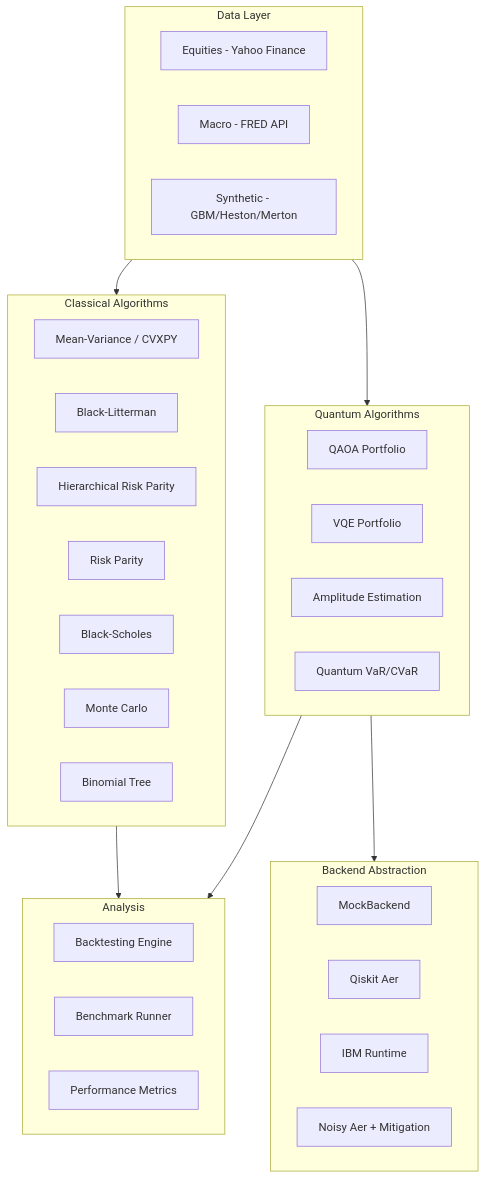
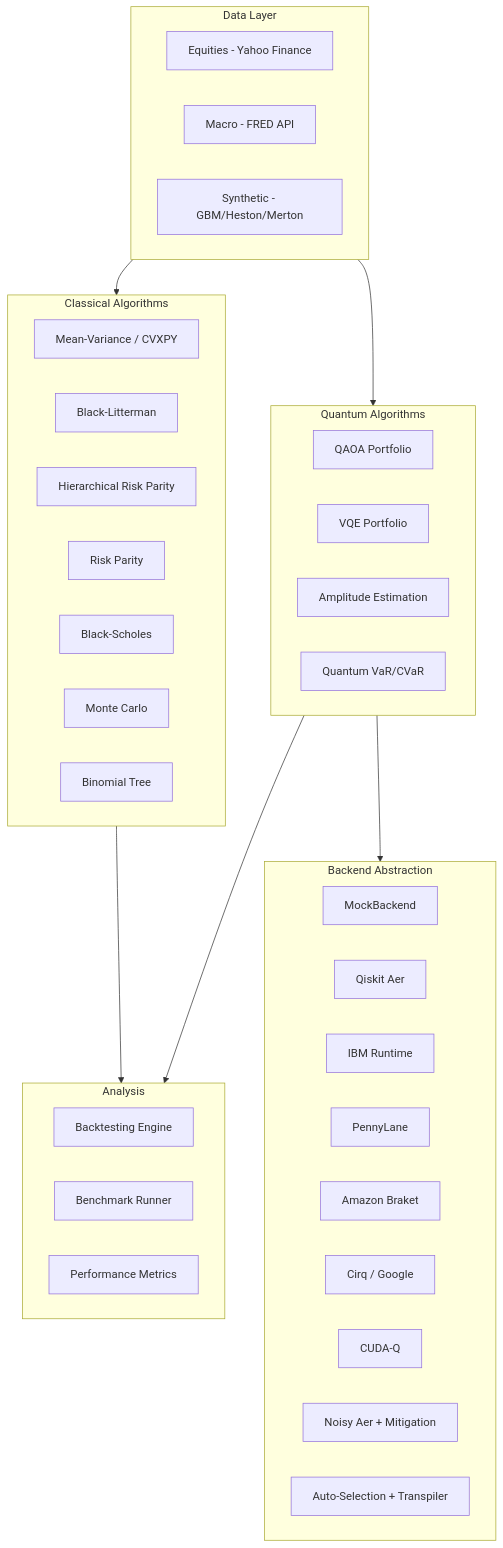
Before and after one commit to anonymousAAK/qufin: the diagram in docs/index.md, drawn with Mermaid. The commit also changed other lines of this file and 28 other files, not shown here.

````diff
--- a/docs/index.md
+++ b/docs/index.md
@@ -23,44 +23,49 @@
 ```mermaid
 graph TB
     subgraph Data["Data Layer"]
         EQ[Equities - Yahoo Finance]
         MACRO[Macro - FRED API]
         SYNTH[Synthetic - GBM/Heston/Merton]
     end
 
     subgraph Classical["Classical Algorithms"]
         MV[Mean-Variance / CVXPY]
         BL[Black-Litterman]
         HRP[Hierarchical Risk Parity]
         RP[Risk Parity]
         BS[Black-Scholes]
         MC[Monte Carlo]
         BIN[Binomial Tree]
     end
 
     subgraph Quantum["Quantum Algorithms"]
         QAOA[QAOA Portfolio]
         VQE[VQE Portfolio]
         QAE[Amplitude Estimation]
         QVAR[Quantum VaR/CVaR]
     end
 
     subgraph Backends["Backend Abstraction"]
         MOCK[MockBackend]
         AER[Qiskit Aer]
         IBM[IBM Runtime]
+        PL[PennyLane]
+        BRAKET[Amazon Braket]
+        CIRQ[Cirq / Google]
+        CUDAQ[CUDA-Q]
         NOISE[Noisy Aer + Mitigation]
+        AUTO[Auto-Selection + Transpiler]
     end
 
     subgraph Analysis["Analysis"]
         BT[Backtesting Engine]
         BENCH[Benchmark Runner]
         METRICS[Performance Metrics]
     end
 
     Data --> Classical
     Data --> Quantum
     Quantum --> Backends
     Classical --> Analysis
     Quantum --> Analysis
 ```
````
